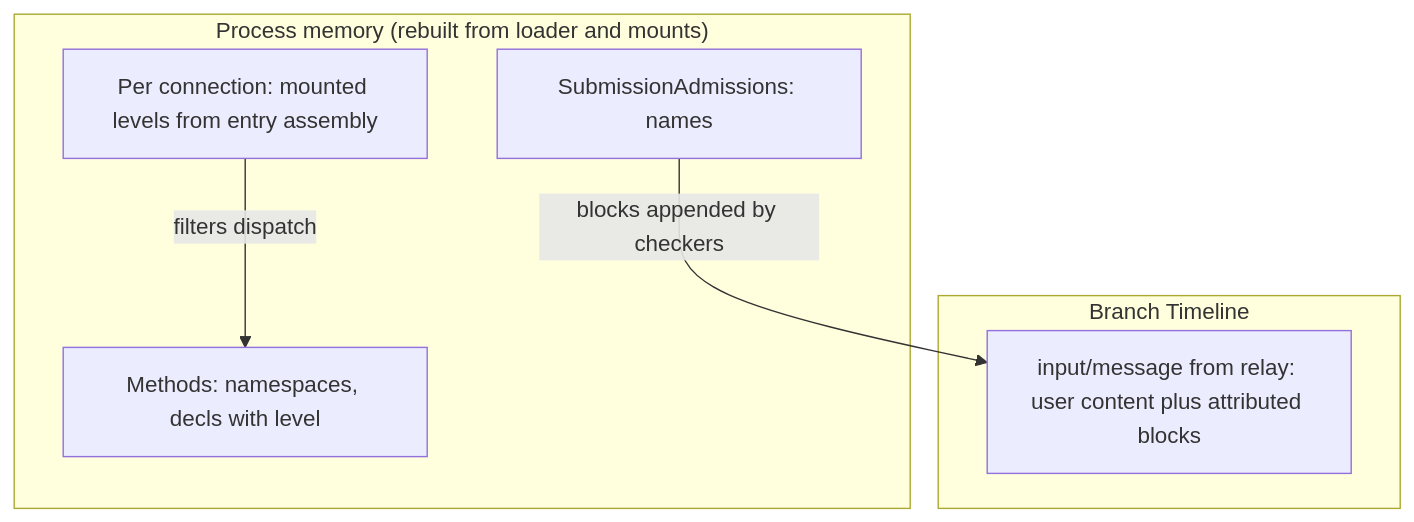
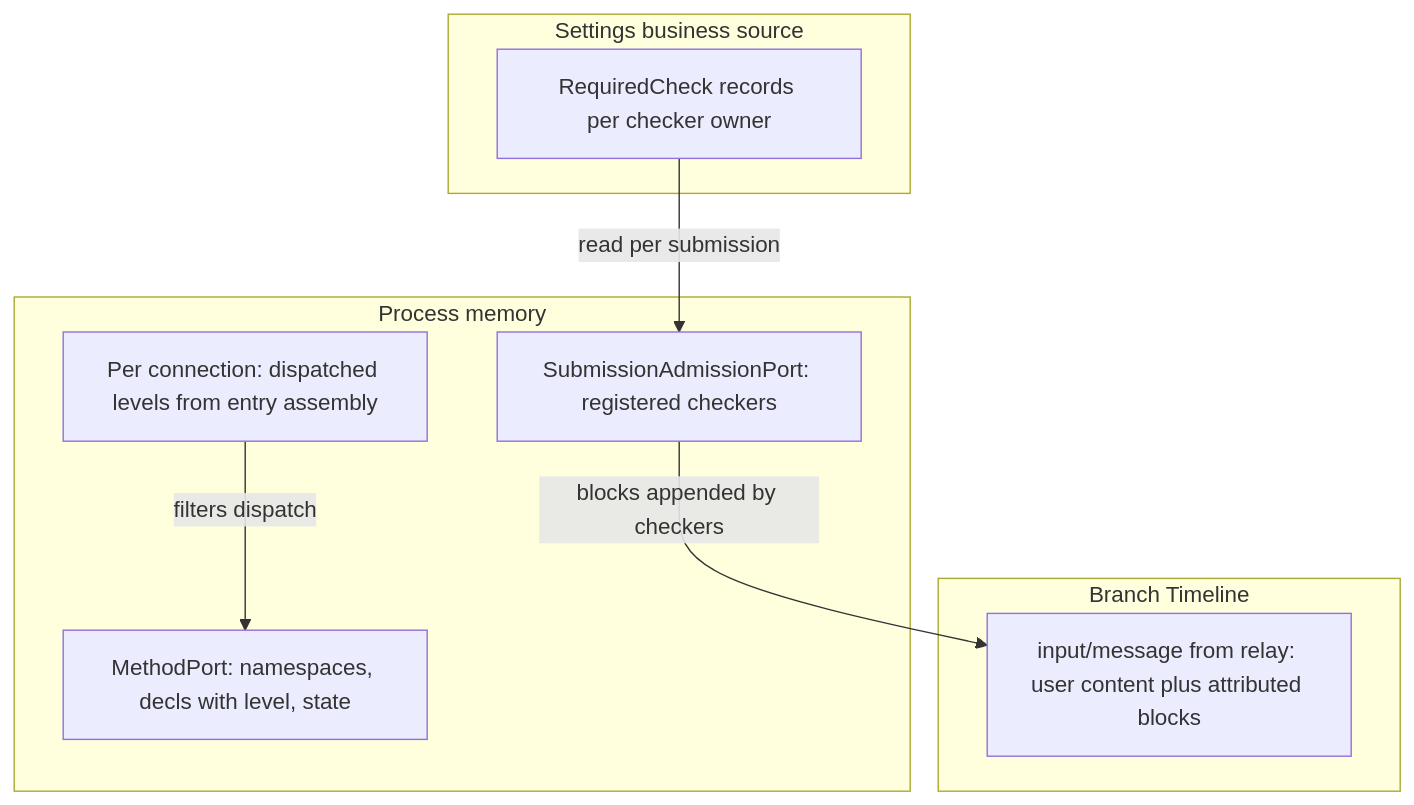
One commit to CoutinhoTTS/dim-agent changed the second of 5 diagrams in docs/design/contracts/session-boundary.md. Above: the diagram before and after it, drawn with Mermaid. The commit also changed other lines of this file and 4 other files, not shown here.

````diff
--- a/docs/design/contracts/session-boundary.md
+++ b/docs/design/contracts/session-boundary.md
@@ -50,13 +48,17 @@
 ```mermaid
 flowchart TB
-  subgraph MEM["Process memory (rebuilt from loader and mounts)"]
-    R1["Methods: namespaces, decls with level"]
-    R2["SubmissionAdmissions: names"]
-    E["Per connection: mounted levels from entry assembly"]
+  subgraph MEM["Process memory"]
+    R1["MethodPort: namespaces, decls with level, state"]
+    R2["SubmissionAdmissionPort: registered checkers"]
+    E["Per connection: dispatched levels from entry assembly"]
+  end
+  subgraph SET["Settings business source"]
+    Req["RequiredCheck records per checker owner"]
   end
   subgraph TLB["Branch Timeline"]
     IM["input/message from relay: user content plus attributed blocks"]
   end
+  Req -->|"read per submission"| R2
   R2 -->|"blocks appended by checkers"| IM
   E -->|"filters dispatch"| R1
 ```
````
